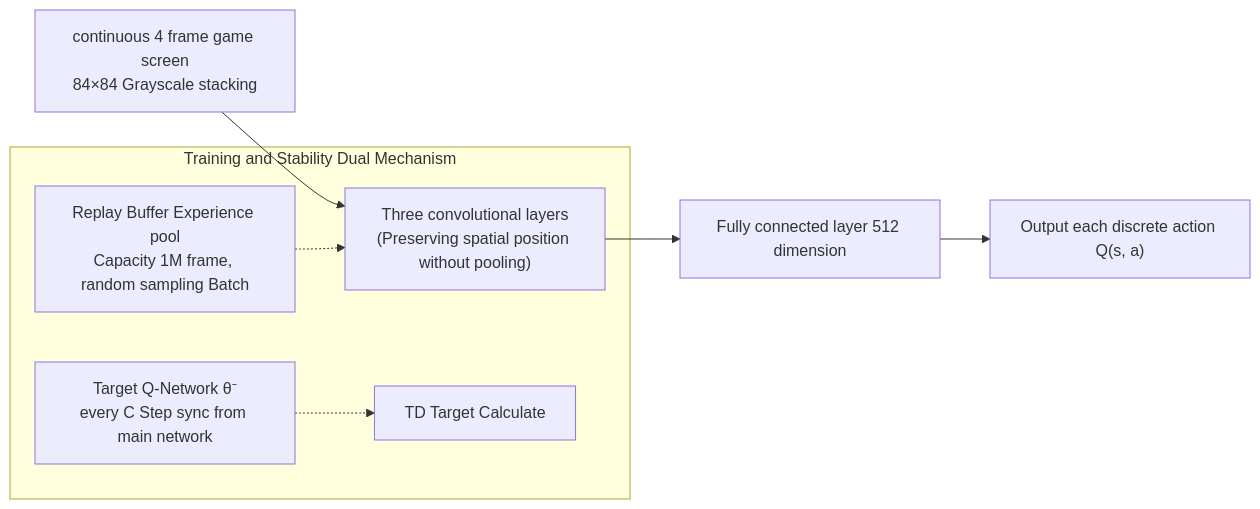
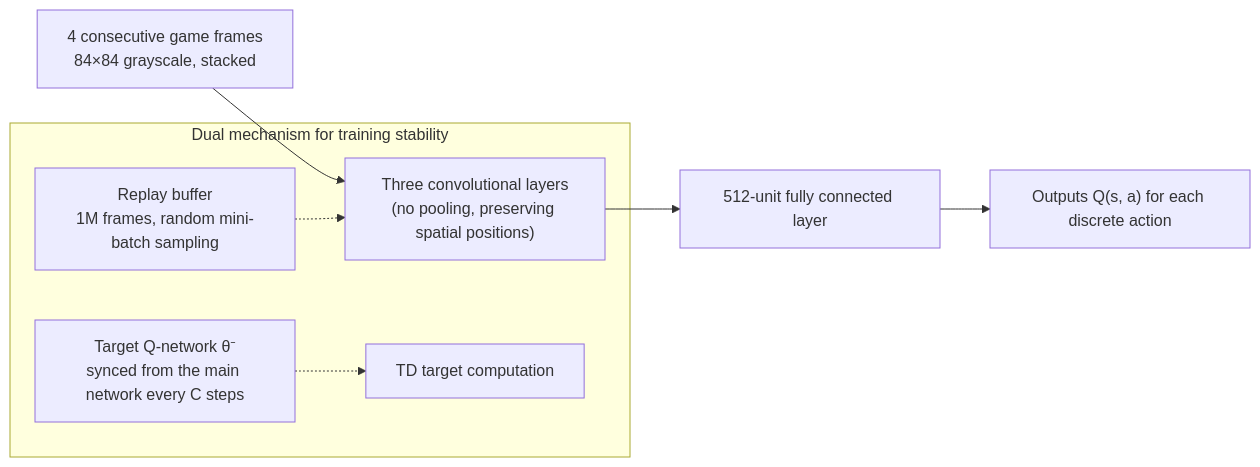
One commit to TingdeLiu/tingdeliu.github.io changed diagram 13 of 24 in _translations/en/research/Reinforcement-Learning-Survey.md. Above: the diagram before and after it, drawn with Mermaid. The commit also changed other lines of this file and 51 other files, not shown here.

````diff
--- a/_translations/en/research/Reinforcement-Learning-Survey.md
+++ b/_translations/en/research/Reinforcement-Learning-Survey.md
@@ -1066,11 +1066,11 @@
 ```mermaid
 graph LR
-    A["continuous 4 frame game screen<br/>84×84 Grayscale stacking"] --> B["Three convolutional layers<br/>(Preserving spatial position without pooling)"]
-    B --> C["Fully connected layer 512 dimension"]
-    C --> D["Output each discrete action Q(s, a)"]
+    A["4 consecutive game frames<br/>84×84 grayscale, stacked"] --> B["Three convolutional layers<br/>(no pooling, preserving spatial positions)"]
+    B --> C["512-unit fully connected layer"]
+    C --> D["Outputs Q(s, a) for each discrete action"]
     
-    subgraph "Training and Stability Dual Mechanism"
-        E["Replay Buffer Experience pool<br/>Capacity 1M frame, random sampling Batch"] -.-> B
-        F["Target Q-Network θ⁻<br/>every C Step sync from main network"] -.-> G["TD Target Calculate"]
+    subgraph "Dual mechanism for training stability"
+        E["Replay buffer<br/>1M frames, random mini-batch sampling"] -.-> B
+        F["Target Q-network θ⁻<br/>synced from the main network every C steps"] -.-> G["TD target computation"]
     end
 ```
````
